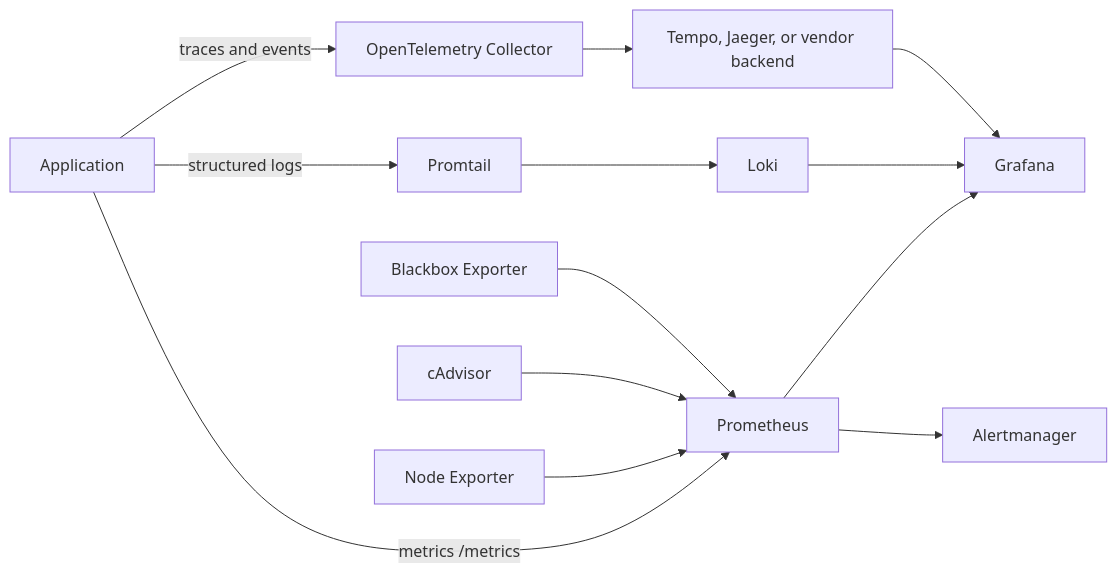
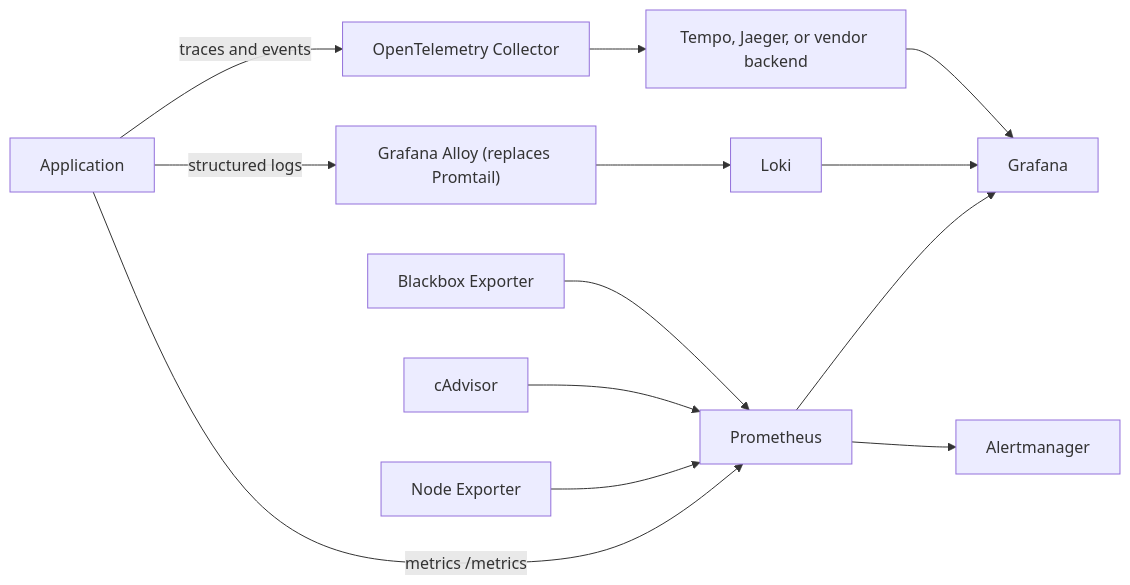
The diagram in docs/monitoring-tools/overview.md (sameeralam3127/compute-central-docs), drawn with Mermaid before and after one commit. The commit also changed other lines of this file and 133 other files, not shown here.

````diff
--- a/docs/monitoring-tools/overview.md
+++ b/docs/monitoring-tools/overview.md
@@ -22,15 +33,15 @@
 ```mermaid
 flowchart LR
   App["Application"] -->|"metrics /metrics"| Prometheus
-  App -->|"structured logs"| Promtail
+  App -->|"structured logs"| Alloy["Grafana Alloy (replaces Promtail)"]
   App -->|"traces and events"| OTel["OpenTelemetry Collector"]
   Node["Node Exporter"] --> Prometheus
   Cadvisor["cAdvisor"] --> Prometheus
   Blackbox["Blackbox Exporter"] --> Prometheus
   Prometheus --> Grafana
   Prometheus --> Alertmanager
-  Promtail --> Loki
+  Alloy --> Loki
   Loki --> Grafana
   OTel --> TraceStore["Tempo, Jaeger, or vendor backend"]
   TraceStore --> Grafana
 ```
````
